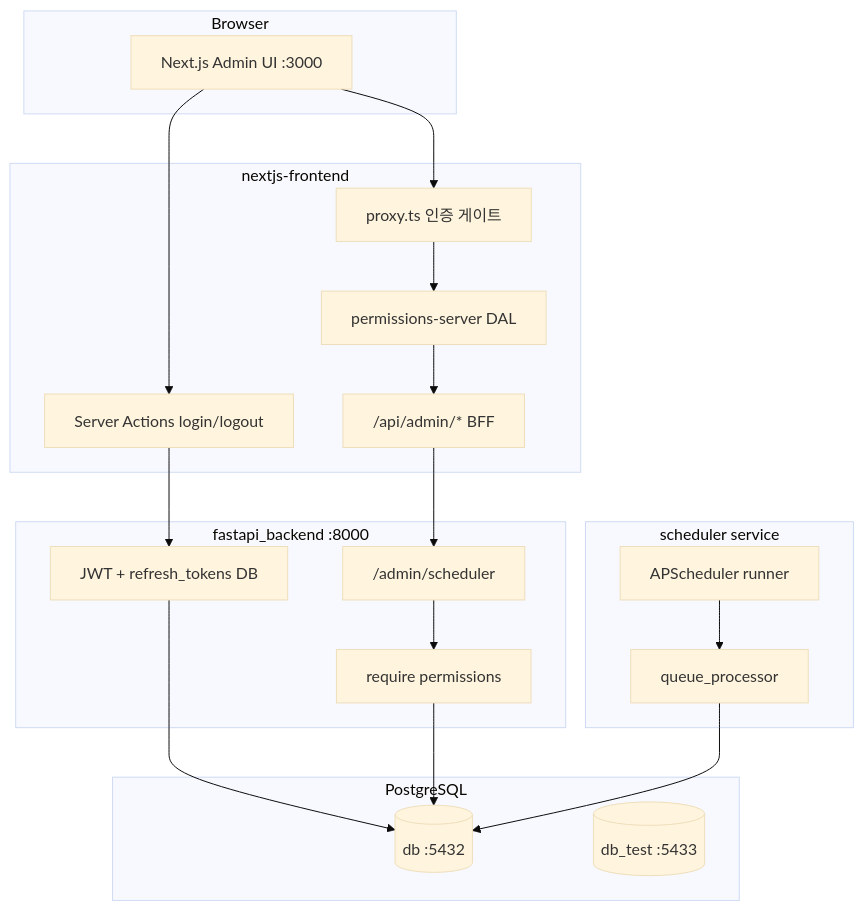
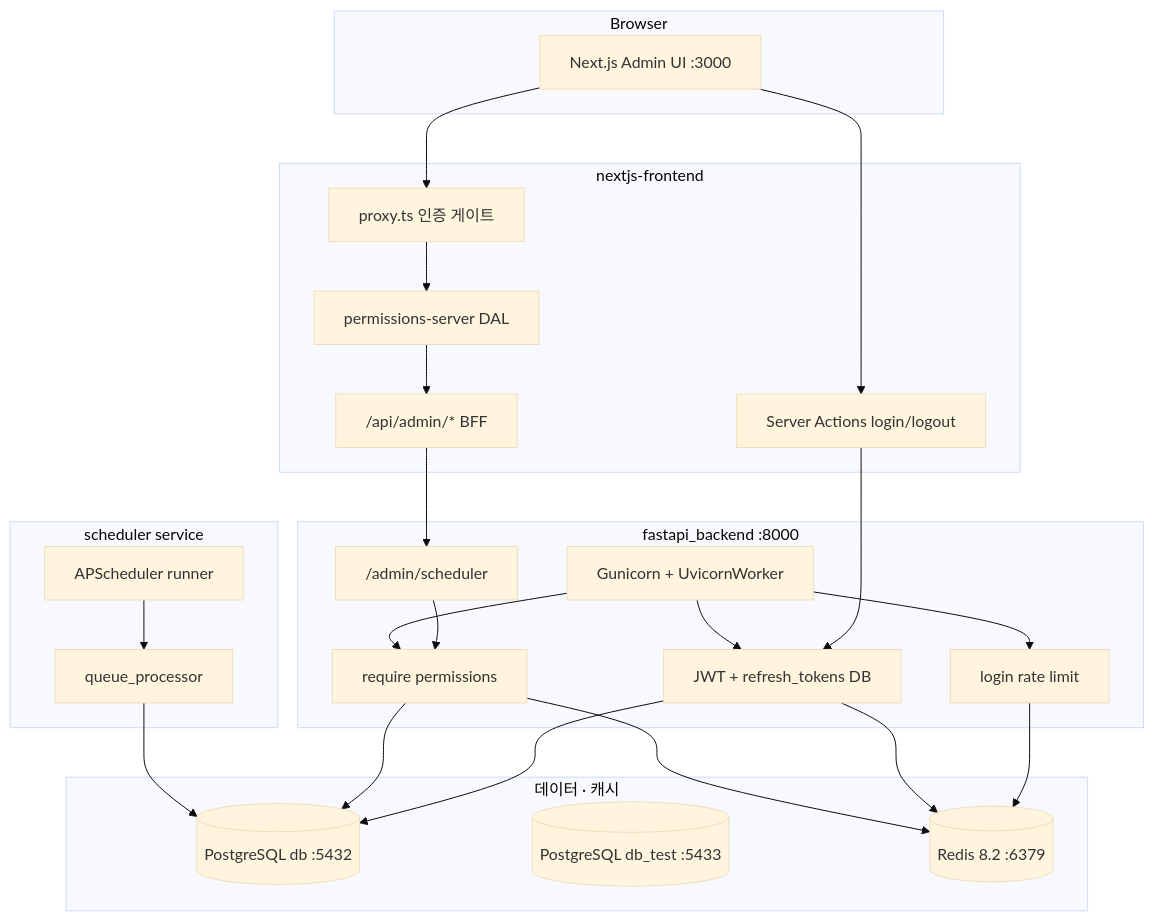
One commit to azazqa/nextjs-fastapi-template changed the diagram in docs/project-structure-review.md. Above: the diagram before and after it, drawn with Mermaid (base theme). The commit also changed other lines of this file and 37 other files, not shown here.

````diff
--- a/docs/project-structure-review.md
+++ b/docs/project-structure-review.md
@@ -11,37 +11,46 @@
 ```mermaid
 flowchart TB
   subgraph browser [Browser]
     UI[Next.js Admin UI :3000]
   end
   subgraph next [nextjs-frontend]
     Proxy[proxy.ts 인증 게이트]
     BFF["/api/admin/* BFF"]
     SA[Server Actions login/logout]
     DAL[permissions-server DAL]
   end
   subgraph api [fastapi_backend :8000]
+    Gunicorn[Gunicorn + UvicornWorker]
     Auth[JWT + refresh_tokens DB]
     RBAC[require permissions]
+    RateLimit[login rate limit]
     AdminAPI["/admin/scheduler"]
   end
   subgraph worker [scheduler service]
     Runner[APScheduler runner]
     Queue[queue_processor]
   end
-  subgraph db [PostgreSQL]
-    MainDB[(db :5432)]
-    TestDB[(db_test :5433)]
+  subgraph data [데이터 · 캐시]
+    MainDB[(PostgreSQL db :5432)]
+    TestDB[(PostgreSQL db_test :5433)]
+    Redis[(Redis 8.2 :6379)]
   end
 
   UI --> Proxy
   Proxy --> DAL
   DAL --> BFF
   UI --> SA
   BFF --> AdminAPI
   SA --> Auth
   AdminAPI --> RBAC
+  Gunicorn --> Auth
+  Gunicorn --> RBAC
+  Gunicorn --> RateLimit
+  RateLimit --> Redis
+  Auth --> Redis
+  RBAC --> Redis
   Auth --> MainDB
   RBAC --> MainDB
   Runner --> Queue
   Queue --> MainDB
 ```
````
